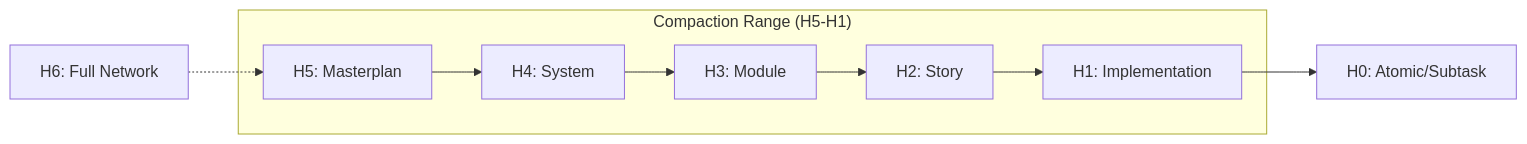
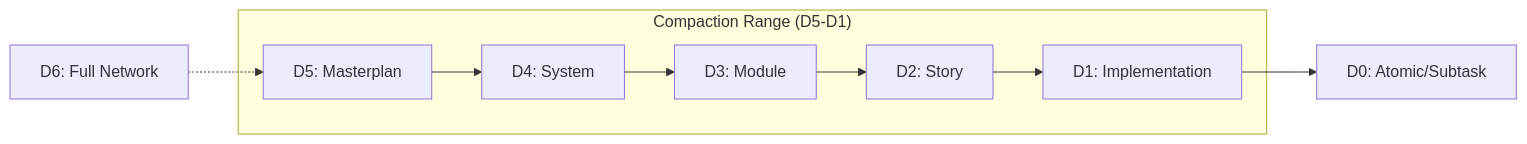
Before and after one commit to Freshair129/govibe: the second of 2 diagrams in docs/architecture/SDD-Genesis-Block.md, drawn with Mermaid. The commit also changed other lines of this file and 49 other files, not shown here.

````diff
--- a/docs/architecture/SDD-Genesis-Block.md
+++ b/docs/architecture/SDD-Genesis-Block.md
@@ -54,17 +56,17 @@
 ```mermaid
 graph LR
-    H6[H6: Full Network] -.-> H5[H5: Masterplan]
-    H5 --> H4[H4: System]
-    H4 --> H3[H3: Module]
-    H3 --> H2[H2: Story]
-    H2 --> H1[H1: Implementation]
-    H1 --> H0[H0: Atomic/Subtask]
+    D6[D6: Full Network] -.-> D5[D5: Masterplan]
+    D5 --> D4[D4: System]
+    D4 --> D3[D3: Module]
+    D3 --> D2[D2: Story]
+    D2 --> D1[D1: Implementation]
+    D1 --> D0[D0: Atomic/Subtask]
     
-    subgraph "Compaction Range (H5-H1)"
-    H5
-    H4
-    H3
-    H2
-    H1
+    subgraph "Compaction Range (D5-D1)"
+    D5
+    D4
+    D3
+    D2
+    D1
     end
 ```
````
